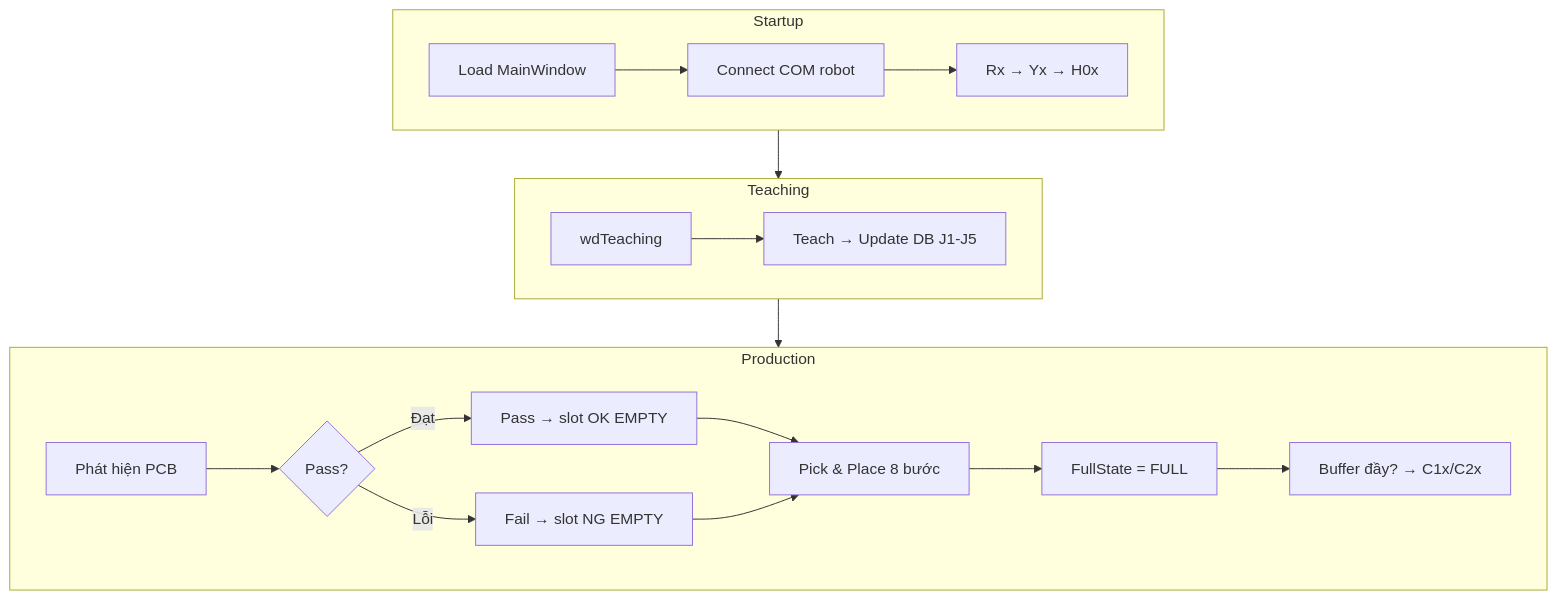
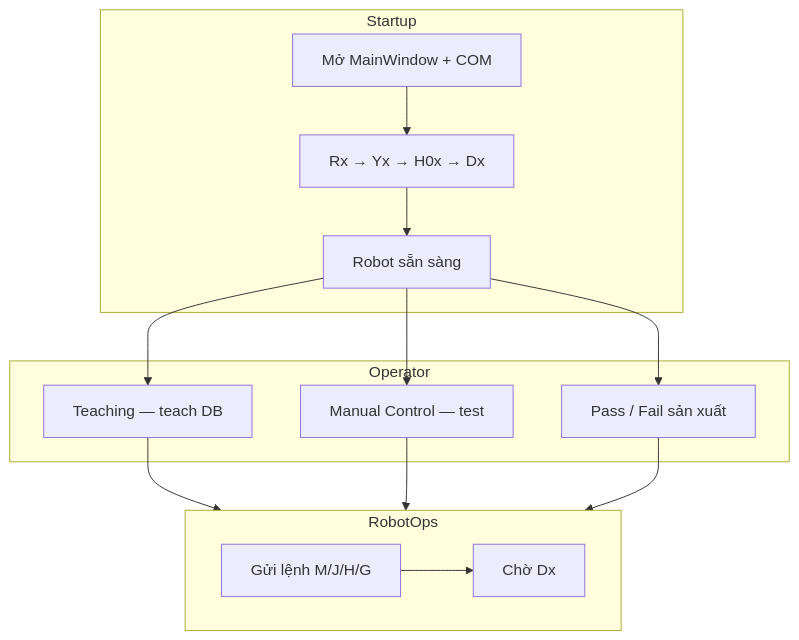
Before and after one commit to cmsang/haui: the third of 3 diagrams in Haui.PCB/docs/ROBOT_WORKFLOW.md, drawn with Mermaid. The commit also changed other lines of this file and 15 other files, not shown here.

````diff
--- a/Haui.PCB/docs/ROBOT_WORKFLOW.md
+++ b/Haui.PCB/docs/ROBOT_WORKFLOW.md
@@ -258,32 +386,28 @@
 ```mermaid
 flowchart TB
     subgraph Startup
-        S1[Load MainWindow]
-        S2[Connect COM robot]
-        S3[Rx → Yx → H0x]
+        S1[Mở MainWindow + COM]
+        S2[Rx → Yx → H0x → Dx]
+        S3[Robot sẵn sàng]
         S1 --> S2 --> S3
     end
 
-    subgraph Teaching
-        T1[wdTeaching]
-        T2[Teach → Update DB J1-J5]
-        T1 --> T2
+    subgraph Operator
+        T[Teaching — teach DB]
+        M[Manual Control — test]
+        P[Pass / Fail sản xuất]
     end
 
-    subgraph Production
-        P1[Phát hiện PCB]
-        P2{Pass?}
-        P3[Pass → slot OK EMPTY]
-        P4[Fail → slot NG EMPTY]
-        P5[Pick & Place 8 bước]
-        P6[FullState = FULL]
-        P7[Buffer đầy? → C1x/C2x]
-        P1 --> P2
-        P2 -->|Đạt| P3 --> P5
-        P2 -->|Lỗi| P4 --> P5
-        P5 --> P6 --> P7
+    subgraph RobotOps
+        R1[Gửi lệnh M/J/H/G]
+        R2[Chờ Dx]
+        R1 --> R2
     end
 
-    Startup --> Teaching
-    Teaching --> Production
+    S3 --> T
+    S3 --> M
+    S3 --> P
+    T --> RobotOps
+    M --> RobotOps
+    P --> RobotOps
 ```
````
